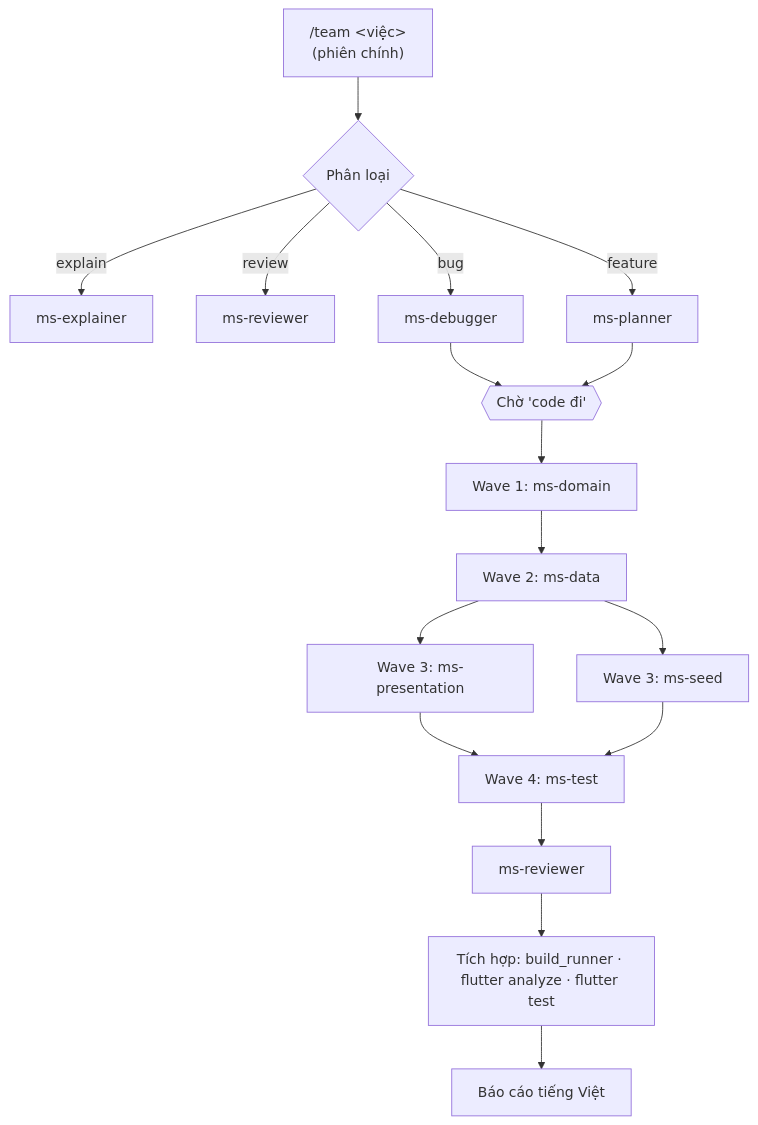
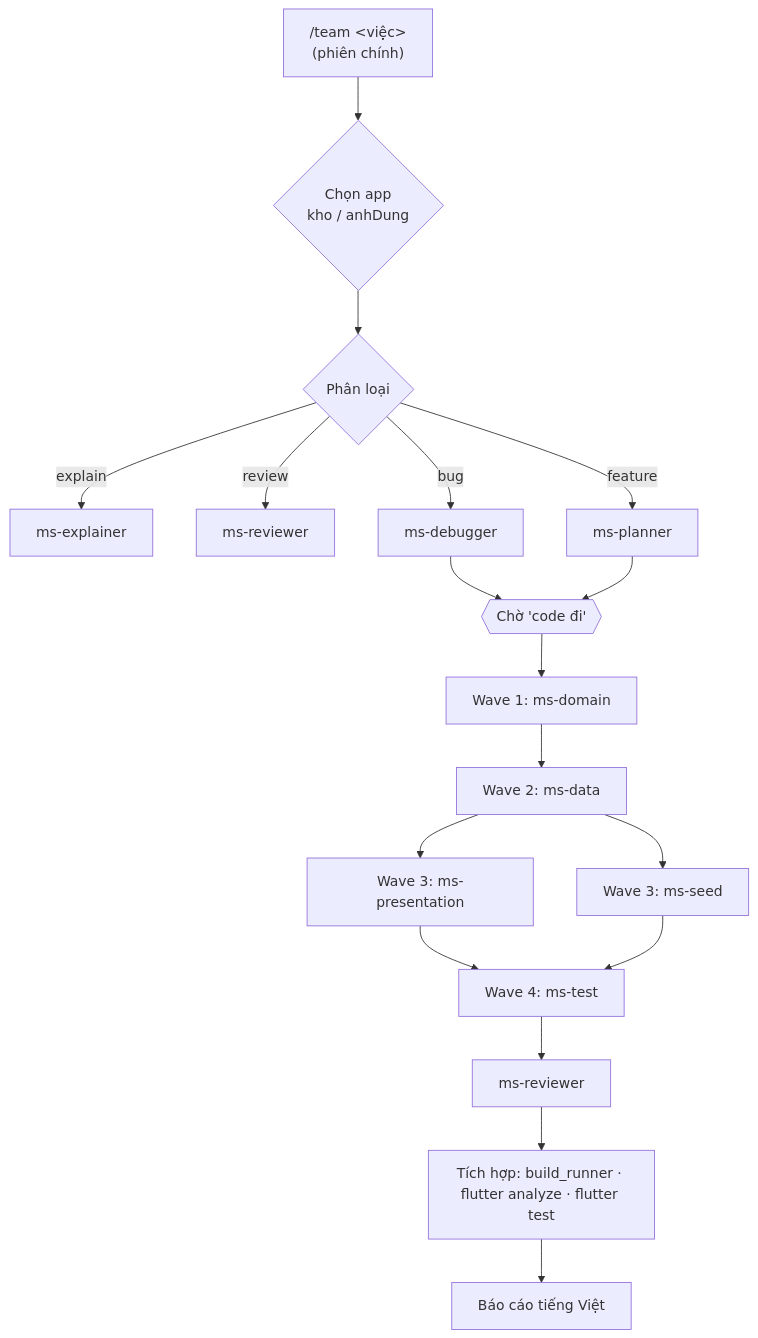
The diagram in skills/team/USAGE.md (khduy96/my-ai-stack), drawn with Mermaid before and after one commit. The commit also changed other lines of this file and 96 other files, not shown here.

````diff
--- a/skills/team/USAGE.md
+++ b/skills/team/USAGE.md
@@ -12,22 +25,23 @@
 ```mermaid
 flowchart TD
-    T["/team &lt;việc&gt;<br/>(phiên chính)"] --> C{Phân loại}
+    T["/team &lt;việc&gt;<br/>(phiên chính)"] --> A{Chọn app<br/>kho / anhDung}
+    A --> C{Phân loại}
 
     C -->|explain| EX[ms-explainer]
     C -->|review| RV[ms-reviewer]
     C -->|bug| DB[ms-debugger]
     C -->|feature| PL[ms-planner]
 
     DB --> G{{Chờ 'code đi'}}
     PL --> G
 
     G --> W1[Wave 1: ms-domain]
     W1 --> W2[Wave 2: ms-data]
     W2 --> W3a[Wave 3: ms-presentation]
     W2 --> W3b[Wave 3: ms-seed]
     W3a --> W4[Wave 4: ms-test]
     W3b --> W4
     W4 --> RV2[ms-reviewer]
     RV2 --> I[Tích hợp: build_runner · flutter analyze · flutter test]
     I --> R[Báo cáo tiếng Việt]
 ```
````
